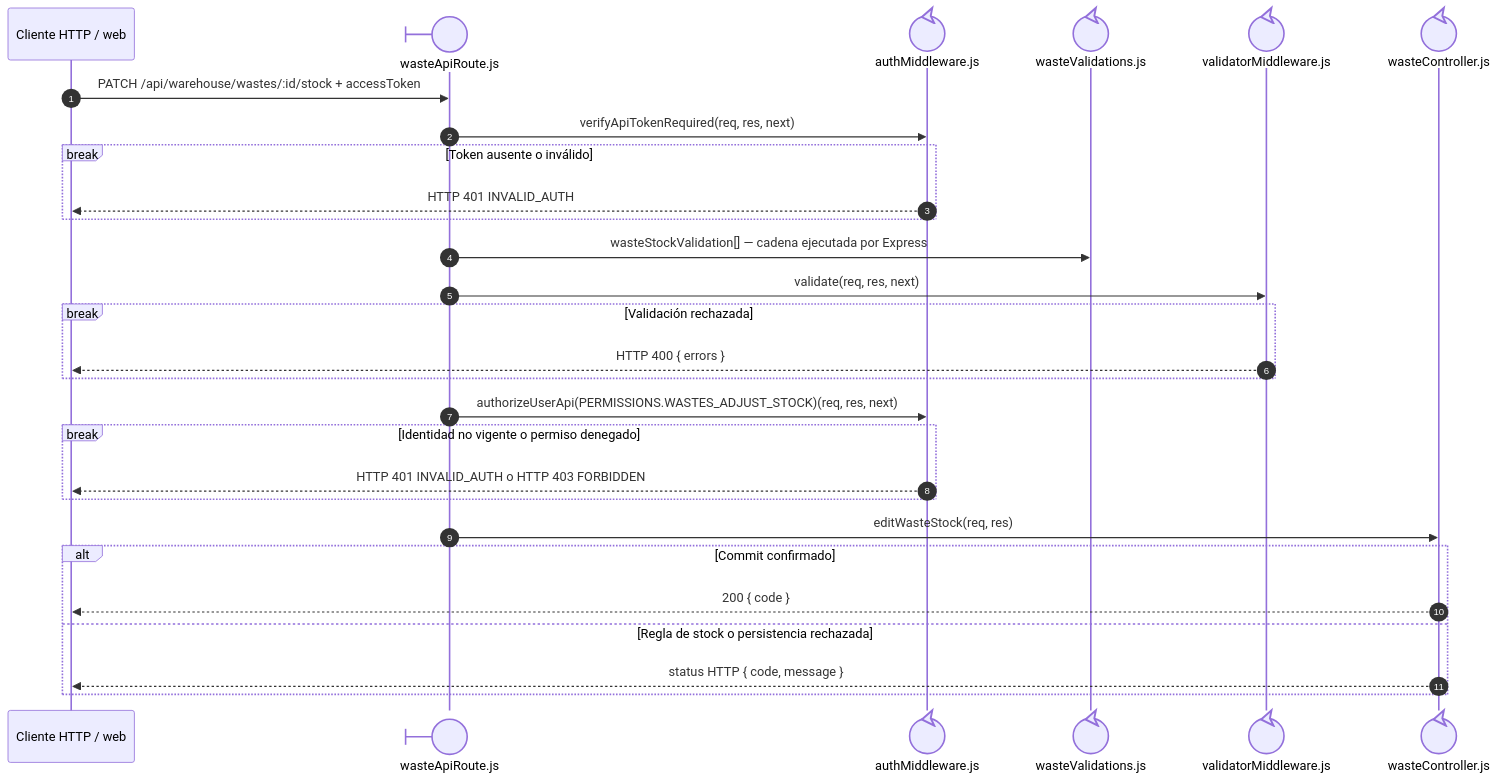
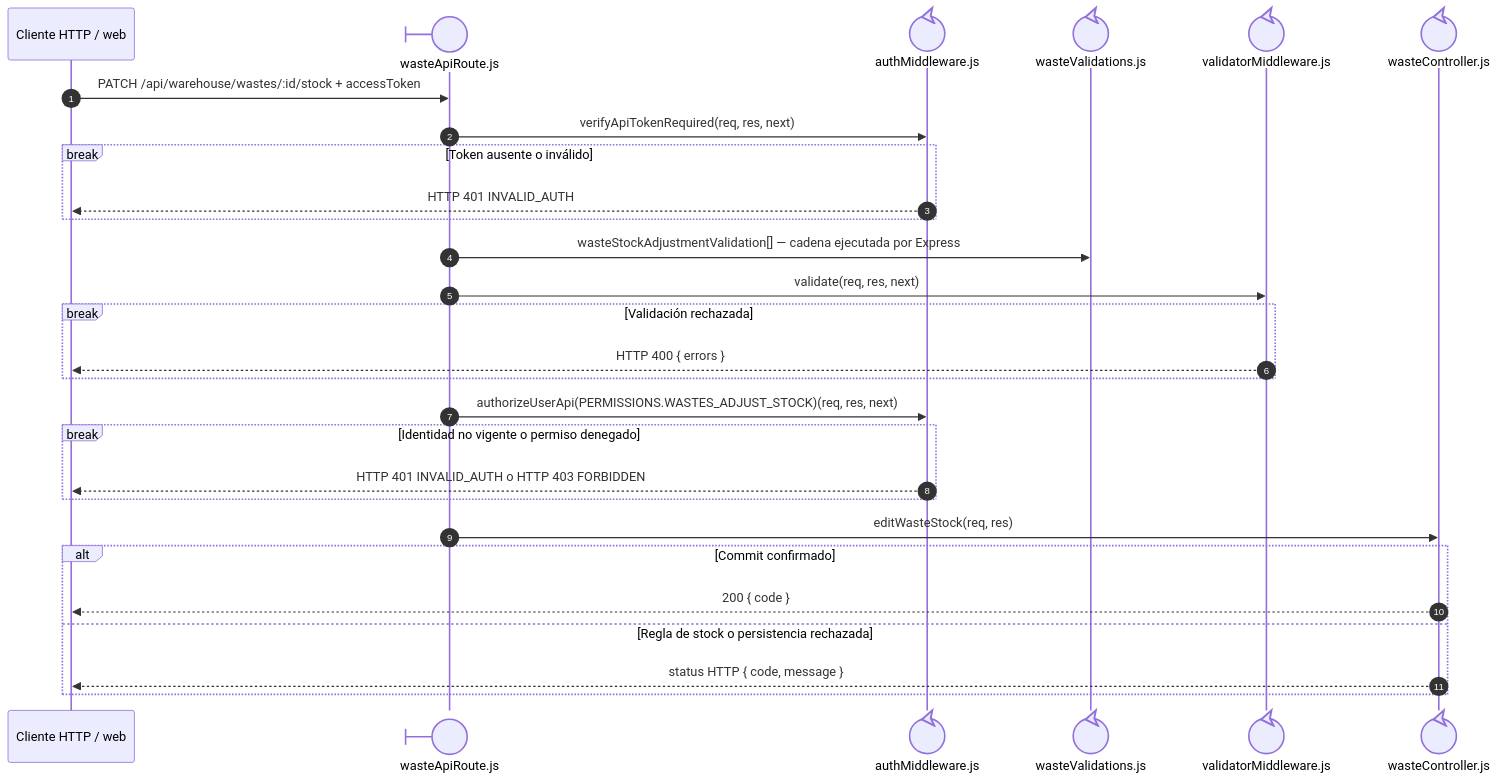
Before and after one commit to gpgsistemas01/nexus: the second of 3 diagrams in docs/architecture/views/processes/backend-code-sequences/catalogs/cu-alm-12.md, drawn with Mermaid. The commit also changed other lines of this file and 59 other files, not shown here.

````diff
--- a/docs/architecture/views/processes/backend-code-sequences/catalogs/cu-alm-12.md
+++ b/docs/architecture/views/processes/backend-code-sequences/catalogs/cu-alm-12.md
@@ -53,31 +53,31 @@
 ```mermaid
 sequenceDiagram
     autonumber
     participant Client as Cliente HTTP / web
     participant Router@{ "type": "boundary" } as wasteApiRoute.js
     participant Auth@{ "type": "control" } as authMiddleware.js
     participant ValidationRules@{ "type": "control" } as wasteValidations.js
     participant Validator@{ "type": "control" } as validatorMiddleware.js
     participant Controller@{ "type": "control" } as wasteController.js
 
     Client->>Router: PATCH /api/warehouse/wastes/:id/stock + accessToken
     Router->>Auth: verifyApiTokenRequired(req, res, next)
     break Token ausente o inválido
         Auth-->>Client: HTTP 401 INVALID_AUTH
     end
-    Router->>ValidationRules: wasteStockValidation[] — cadena ejecutada por Express
+    Router->>ValidationRules: wasteStockAdjustmentValidation[] — cadena ejecutada por Express
     Router->>Validator: validate(req, res, next)
     break Validación rechazada
         Validator-->>Client: HTTP 400 { errors }
     end
     Router->>Auth: authorizeUserApi(PERMISSIONS.WASTES_ADJUST_STOCK)(req, res, next)
     break Identidad no vigente o permiso denegado
         Auth-->>Client: HTTP 401 INVALID_AUTH o HTTP 403 FORBIDDEN
     end
     Router->>Controller: editWasteStock(req, res)
     alt Commit confirmado
         Controller-->>Client: 200 { code }
     else Regla de stock o persistencia rechazada
         Controller-->>Client: status HTTP { code, message }
     end
 ```
````
